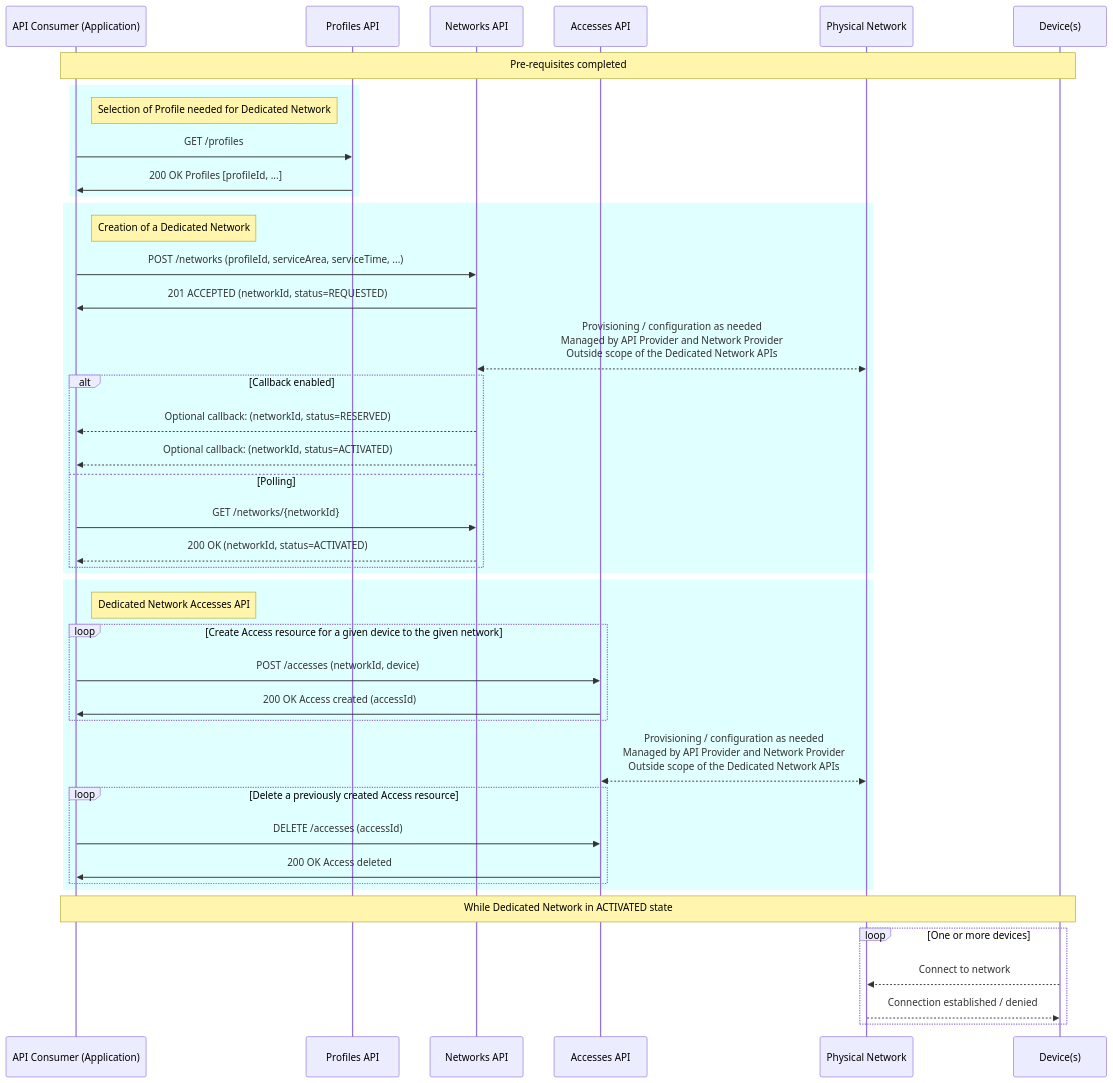
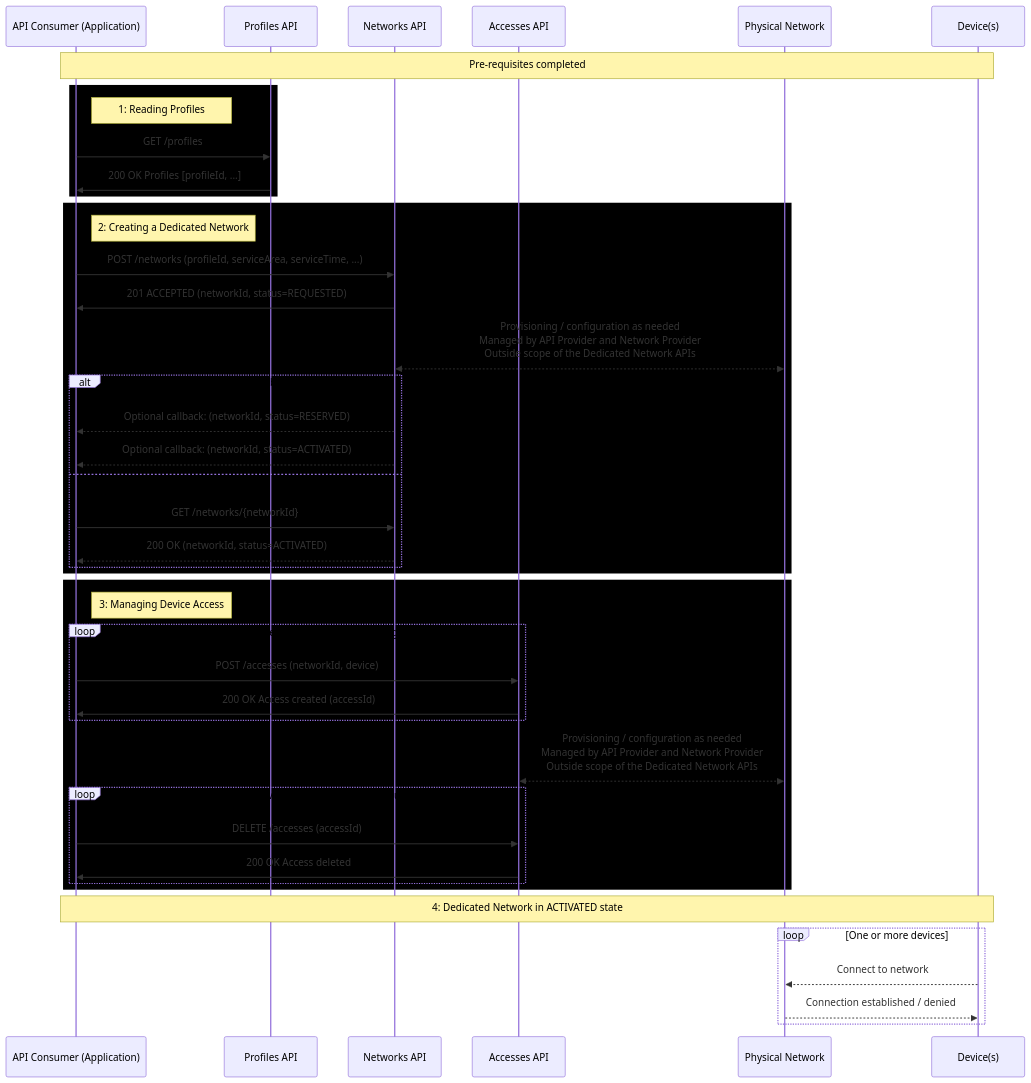
Before and after one commit to tlohmar/DedicatedNetworks: the second of 3 diagrams in documentation/API_documentation/DedicatedNetworks_GeneralDescription.md, drawn with Mermaid. The commit also changed other lines of this file, not shown here.

Commit message:
Elaboration of the API concepts, specifically around QOS Profiles usage.

````diff
--- a/documentation/API_documentation/DedicatedNetworks_GeneralDescription.md
+++ b/documentation/API_documentation/DedicatedNetworks_GeneralDescription.md
@@ -92,45 +92,46 @@
 ```mermaid
 sequenceDiagram
     participant App as API Consumer (Application)
     participant P as Profiles API
     participant N as Networks API
     participant A as Accesses API
     participant Network as Physical Network
     participant D as Device(s)
+
     Note over App,D: Pre-requisites completed
-    rect lightcyan
-        note right of App: Selection of Profile needed for Dedicated Network
+    rect black
+        note right of App: 1: Reading Profiles
         App->>P: GET /profiles
         P->>App: 200 OK Profiles [profileId, ...]
     end
-    rect lightcyan
-        note right of App: Creation of a Dedicated Network
+    rect black
+        note right of App: 2: Creating a Dedicated Network
         App->>N: POST /networks (profileId, serviceArea, serviceTime, ...)
         N->>App: 201 ACCEPTED (networkId, status=REQUESTED)
          N <<-->> Network: Provisioning / configuration as needed<br> Managed by API Provider and Network Provider<br>  Outside scope of the Dedicated Network APIs
         alt Callback enabled
             N-->>App: Optional callback: (networkId, status=RESERVED)
             N-->>App: Optional callback: (networkId, status=ACTIVATED)
         else Polling
             App->>N: GET /networks/{networkId}
             N-->>App: 200 OK (networkId, status=ACTIVATED)
         end
     end
-    rect lightcyan
-        note right of App: Dedicated Network Accesses API
+    rect black
+        note right of App: 3: Managing Device Access
         loop Create Access resource for a given device to the given network
             App->>A: POST /accesses (networkId, device)
             A->>App: 200 OK Access created (accessId)
         end
         A <<-->> Network: Provisioning / configuration as needed<br> Managed by API Provider and Network Provider<br>  Outside scope of the Dedicated Network APIs
         loop Delete a previously created Access resource
             App->>A: DELETE /accesses (accessId)
             A->>App: 200 OK Access deleted
         end
     end
-    Note over App,D: While Dedicated Network in ACTIVATED state
+    Note over App,D: 4: Dedicated Network in ACTIVATED state
     loop One or more devices
         D-->>Network: Connect to network
         Network-->>D: Connection established / denied
     end
 ```
````
